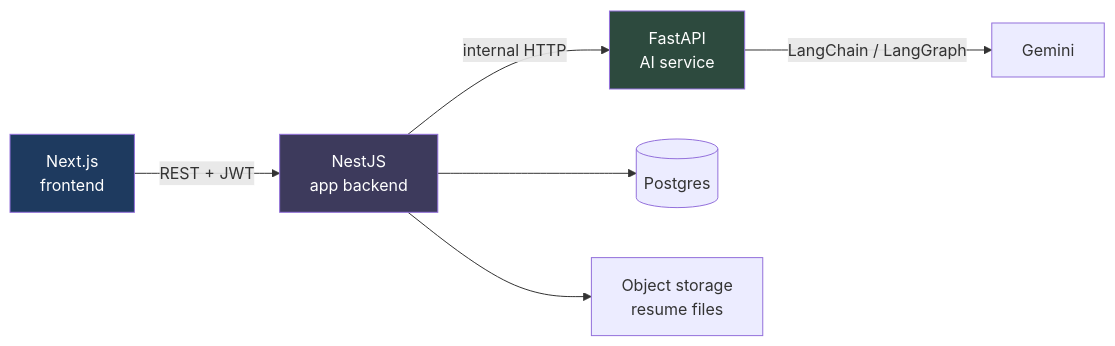
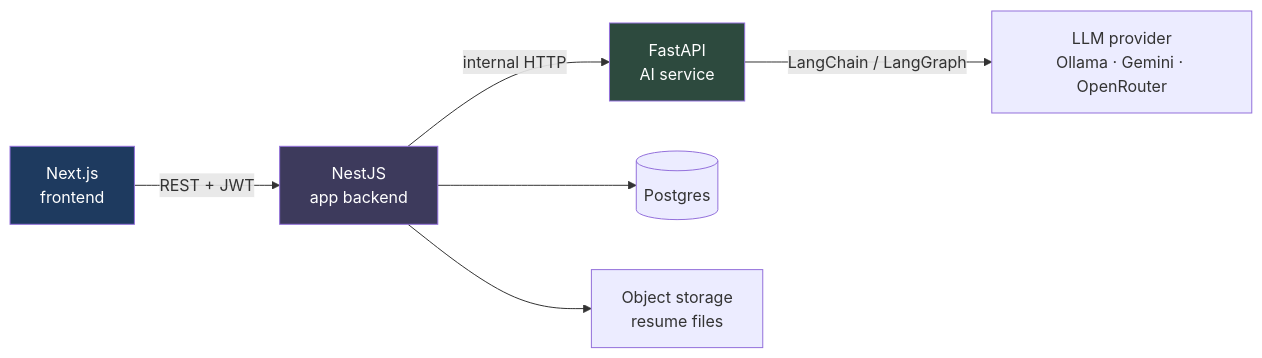
The diagram in README.md (sutharrahul/agentic-job-assistant), drawn with Mermaid before and after one commit. The commit also changed other lines of this file and 5 other files, not shown here.

````diff
--- a/README.md
+++ b/README.md
@@ -33,19 +33,19 @@
 ```mermaid
 flowchart LR
     B[Next.js<br/>frontend]
     C[NestJS<br/>app backend]
     D[FastAPI<br/>AI service]
     E[(Postgres)]
     F[Object storage<br/>resume files]
-    G[Gemini]
+    G[LLM provider<br/>Ollama · Gemini · OpenRouter]
 
     B -->|REST + JWT| C
     C -->|internal HTTP| D
     C --> E
     C --> F
     D -->|LangChain / LangGraph| G
 
     style D fill:#2d4a3e,color:#fff
     style C fill:#3d3a5c,color:#fff
     style B fill:#1e3a5f,color:#fff
 ```
````
